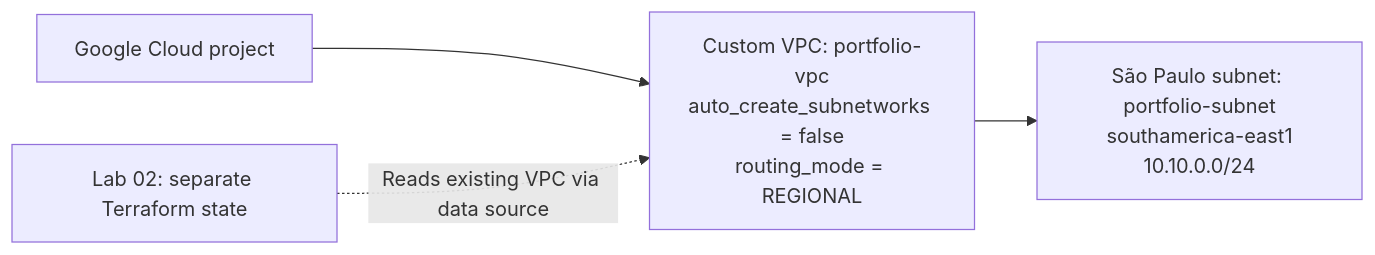
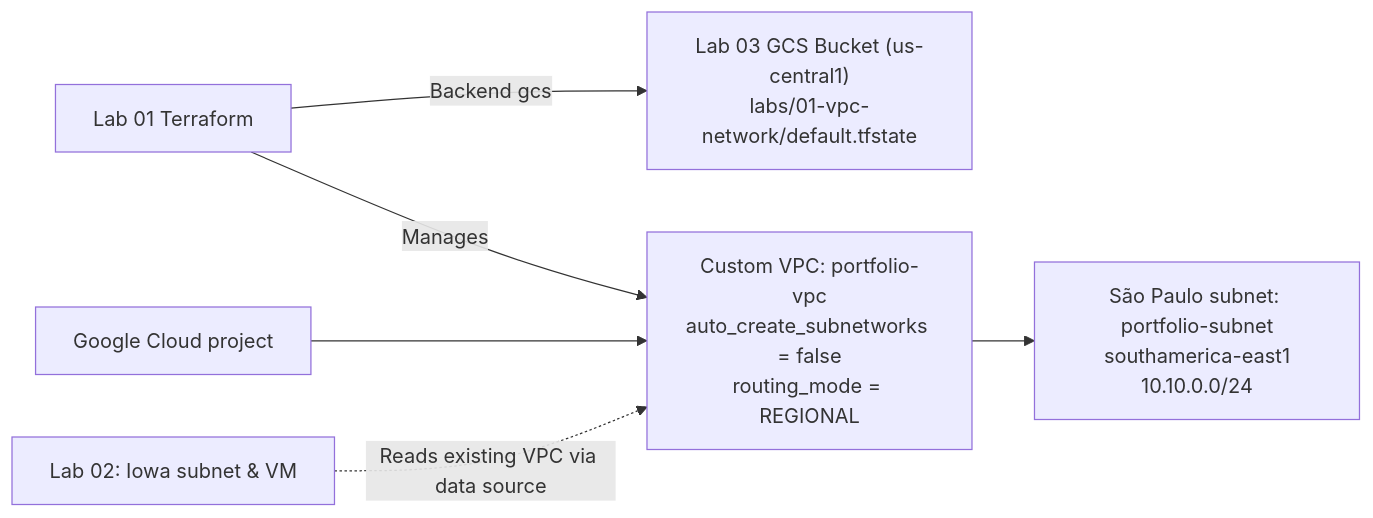
Before and after one commit to matheuslab-bit/matheuslab-bit: the diagram in projects/01-vpc-network/README.md, drawn with Mermaid. The commit also changed other lines of this file and 12 other files, not shown here.

Commit message:
chore: finalize Google Cloud portfolio documentation

````diff
--- a/projects/01-vpc-network/README.md
+++ b/projects/01-vpc-network/README.md
@@ -17,6 +19,8 @@
 ```mermaid
 flowchart LR
-    Project["Google Cloud project"] --> VPC["Custom VPC: portfolio-vpc<br/>auto_create_subnetworks = false<br/>routing_mode = REGIONAL"]
+    TF01["Lab 01 Terraform"] -->|"Backend gcs"| GCS["Lab 03 GCS Bucket (us-central1)<br/>labs/01-vpc-network/default.tfstate"]
+    TF01 -->|"Manages"| VPC["Custom VPC: portfolio-vpc<br/>auto_create_subnetworks = false<br/>routing_mode = REGIONAL"]
+    Project["Google Cloud project"] --> VPC
     VPC --> Subnet["São Paulo subnet: portfolio-subnet<br/>southamerica-east1<br/>10.10.0.0/24"]
-    Lab02["Lab 02: separate Terraform state"] -.->|"Reads existing VPC via data source"| VPC
+    Lab02["Lab 02: Iowa subnet & VM"] -.->|"Reads existing VPC via data source"| VPC
 ```
````
